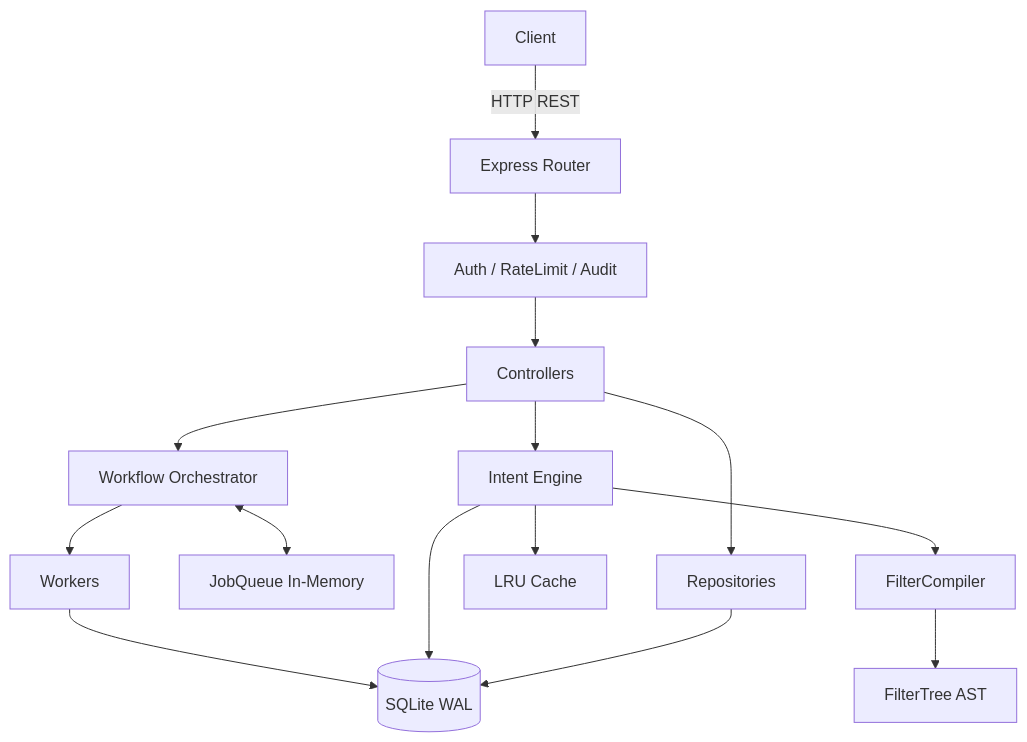
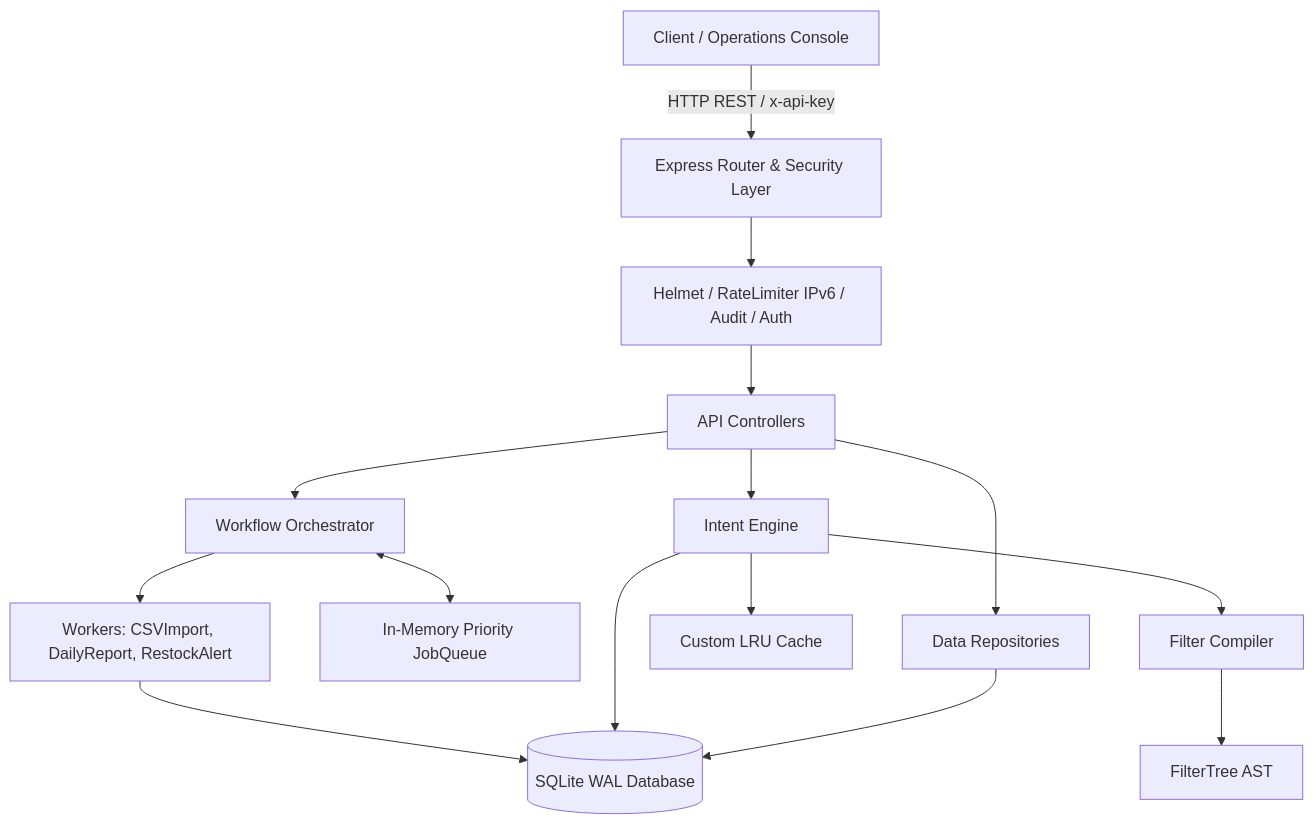
Before and after one commit to Shivam-seth-2002/retailpulse: the diagram in README.md, drawn with Mermaid. The commit also changed other lines of this file, not shown here.

Commit message:
docs: overhaul README with architecture diagrams, engineering metrics, and dashboard docs

````diff
--- a/README.md
+++ b/README.md
@@ -13,22 +36,21 @@
 ```mermaid
 graph TD
-    Client[Client] -->|HTTP REST| API[Express Router]
-    API --> Auth[Auth / RateLimit / Audit]
-    Auth --> Controllers
+    Client[Client / Operations Console] -->|HTTP REST / x-api-key| API[Express Router & Security Layer]
+    API --> Middleware[Helmet / RateLimiter IPv6 / Audit / Auth]
+    Middleware --> Controllers[API Controllers]
     
     Controllers --> JobOrchestrator[Workflow Orchestrator]
     Controllers --> IntentEngine[Intent Engine]
-    Controllers --> Repositories
+    Controllers --> Repositories[Data Repositories]
     
-    JobOrchestrator <--> JobQueue[JobQueue In-Memory]
-    JobOrchestrator --> Workers[Workers]
+    JobOrchestrator <--> JobQueue[In-Memory Priority JobQueue]
+    JobOrchestrator --> Workers[Workers: CSVImport, DailyReport, RestockAlert]
     
-    IntentEngine --> Cache[LRU Cache]
-    IntentEngine --> FilterCompiler[FilterCompiler]
-    
+    IntentEngine --> Cache[Custom LRU Cache]
+    IntentEngine --> FilterCompiler[Filter Compiler]
     FilterCompiler --> FilterTree[FilterTree AST]
     
-    Workers --> DB[(SQLite WAL)]
+    Workers --> DB[(SQLite WAL Database)]
     IntentEngine --> DB
     Repositories --> DB
 ```
````
